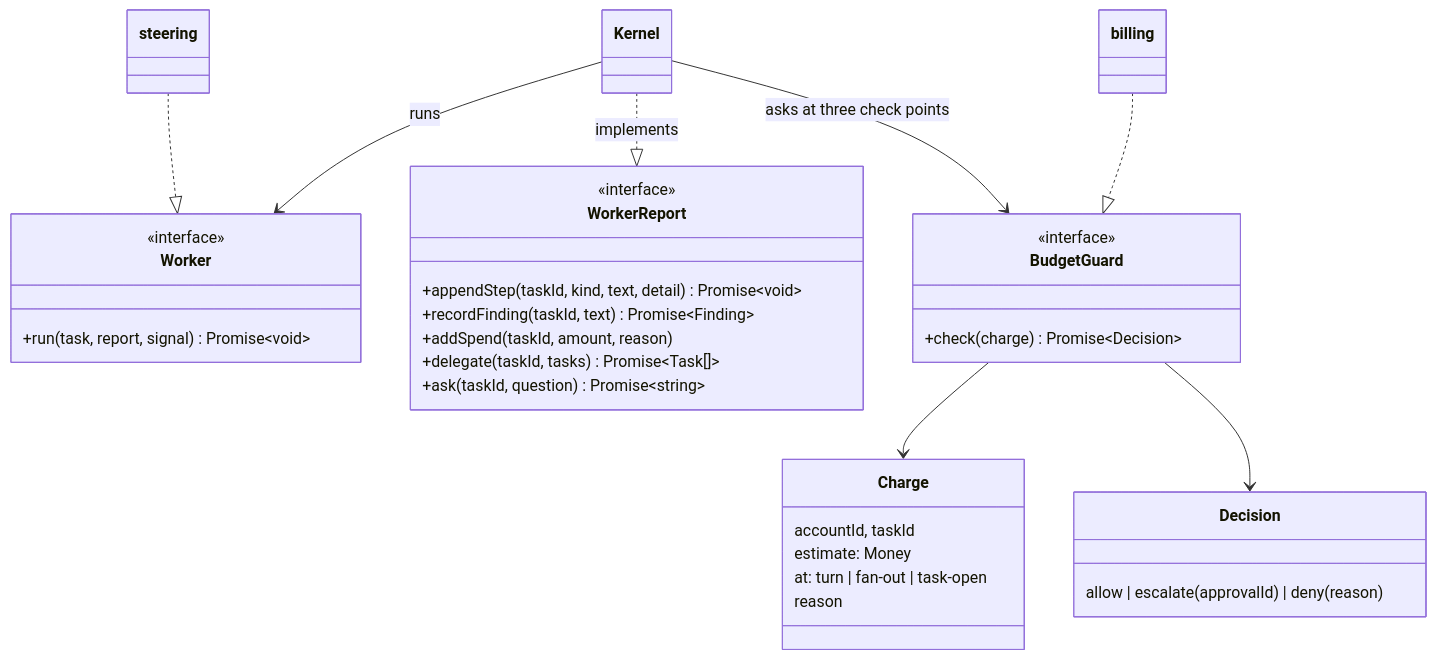
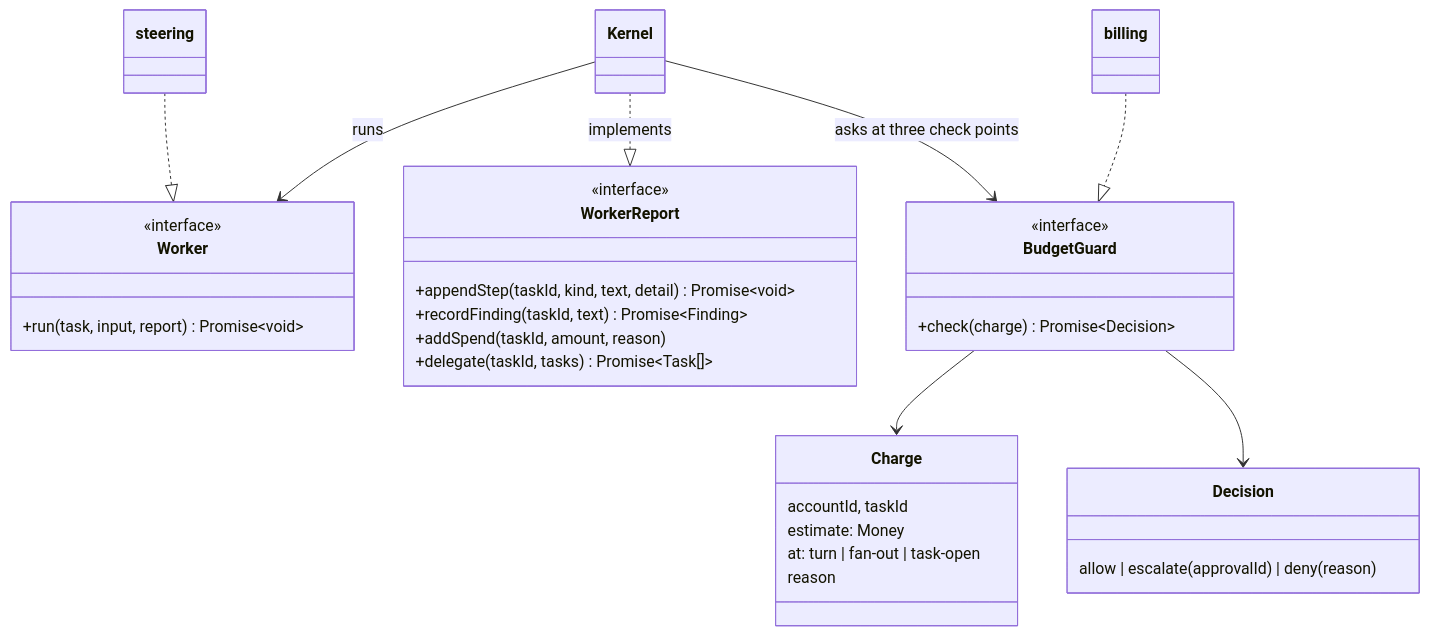
The seventh of 15 diagrams in docs/ARCHITECTURE.md (ziyangliu-666/lumen-next), drawn with Mermaid before and after one commit. The commit also changed other lines of this file and 2 other files, not shown here.

First line of the commit message:
docs: the architecture doc and the session README say what main does

````diff
--- a/docs/ARCHITECTURE.md
+++ b/docs/ARCHITECTURE.md
@@ -384,35 +389,34 @@
 ```mermaid
 classDiagram
   class Worker {
     <<interface>>
-    +run(task, report, signal) Promise~void~
+    +run(task, input, report) Promise~void~
   }
   class WorkerReport {
     <<interface>>
     +appendStep(taskId, kind, text, detail) Promise~void~
     +recordFinding(taskId, text) Promise~Finding~
     +addSpend(taskId, amount, reason)
     +delegate(taskId, tasks) Promise~Task[]~
-    +ask(taskId, question) Promise~string~
   }
   class BudgetGuard {
     <<interface>>
     +check(charge) Promise~Decision~
   }
   class Charge {
     accountId, taskId
     estimate: Money
     at: turn | fan-out | task-open
     reason
   }
   class Decision {
     allow | escalate(approvalId) | deny(reason)
   }
   Kernel --> Worker : runs
   Kernel ..|> WorkerReport : implements
   Kernel --> BudgetGuard : asks at three check points
   steering ..|> Worker
   billing ..|> BudgetGuard
   BudgetGuard --> Charge
   BudgetGuard --> Decision
 ```
````
